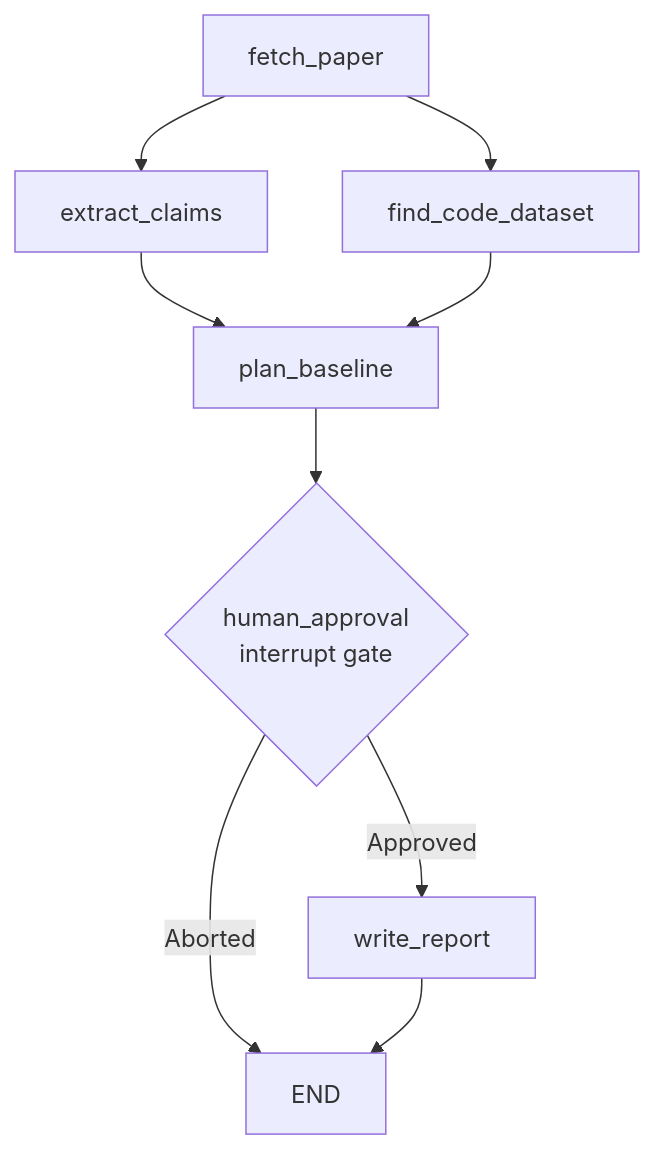
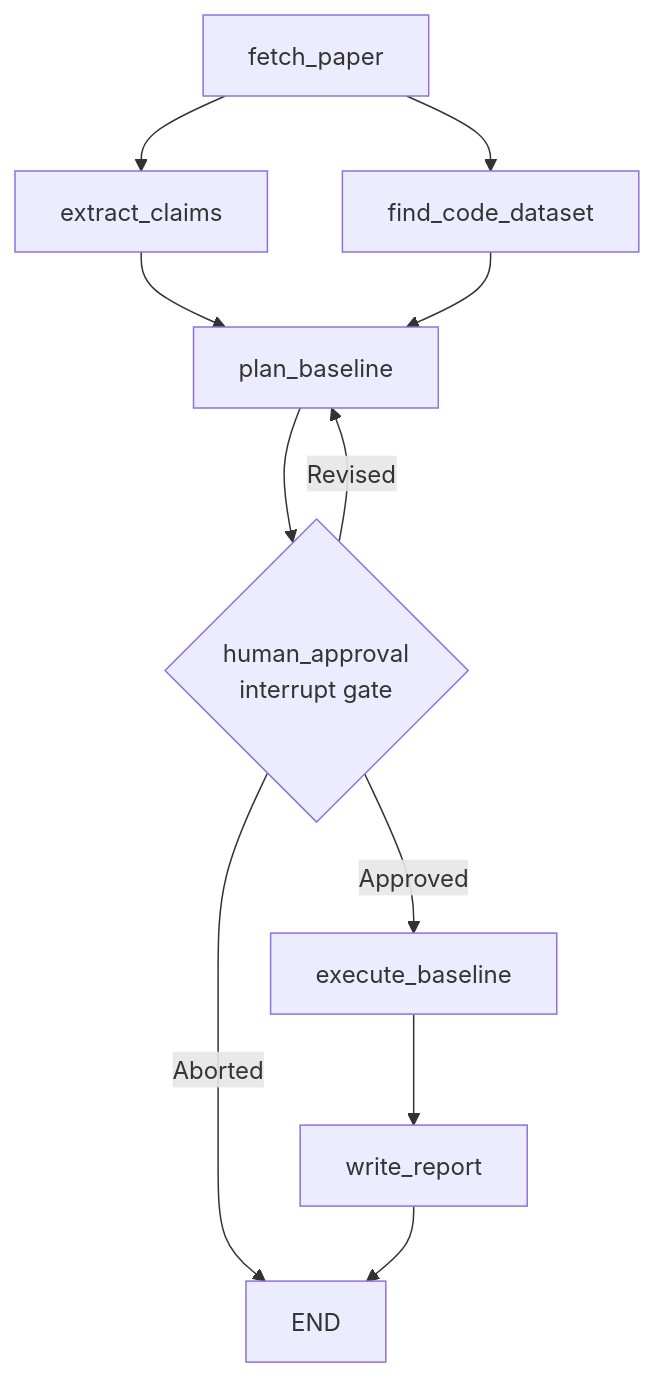
The diagram in docs/04-agent-graph-lego/README.md (riri-05/zero-gaze), drawn with Mermaid before and after one commit. The commit also changed other lines of this file and 38 other files, not shown here.

````diff
--- a/docs/04-agent-graph-lego/README.md
+++ b/docs/04-agent-graph-lego/README.md
@@ -12,11 +12,13 @@
 ```mermaid
 flowchart TD
     fetch[fetch_paper] --> extract[extract_claims]
     fetch --> discover[find_code_dataset]
     extract --> plan[plan_baseline]
     discover --> plan
     plan --> gate{human_approval<br/>interrupt gate}
-    gate -->|Approved| report[write_report]
+    gate -->|Approved| exec[execute_baseline]
+    gate -->|Revised| plan
     gate -->|Aborted| finish[END]
+    exec --> report[write_report]
     report --> finish
 ```
````
